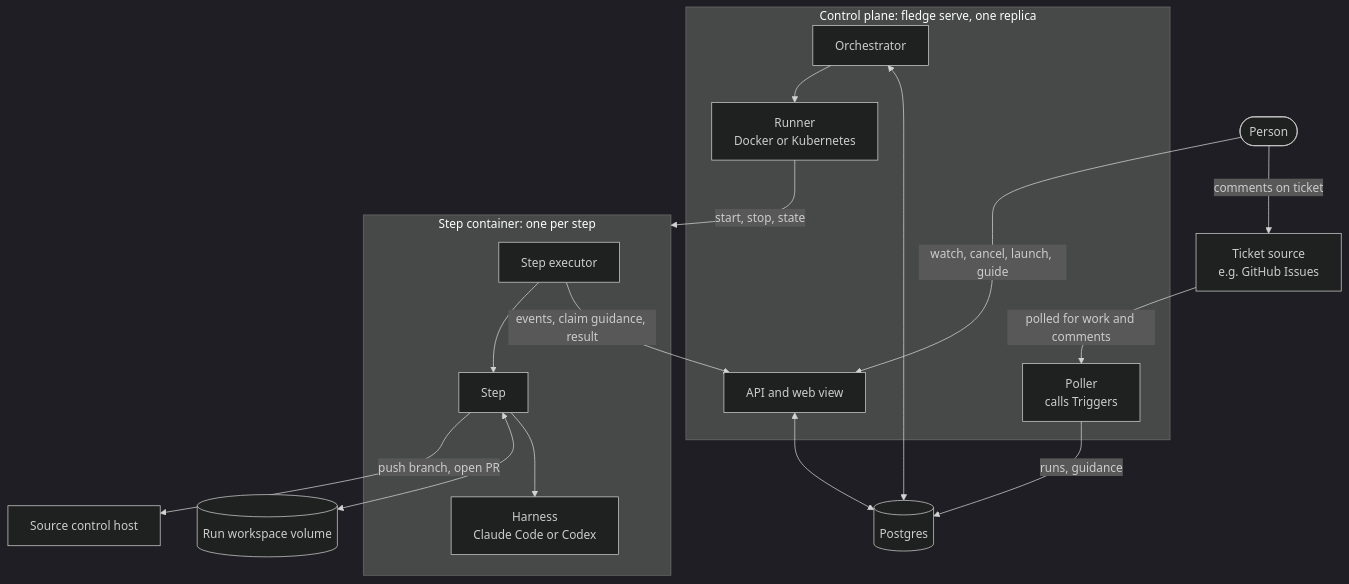
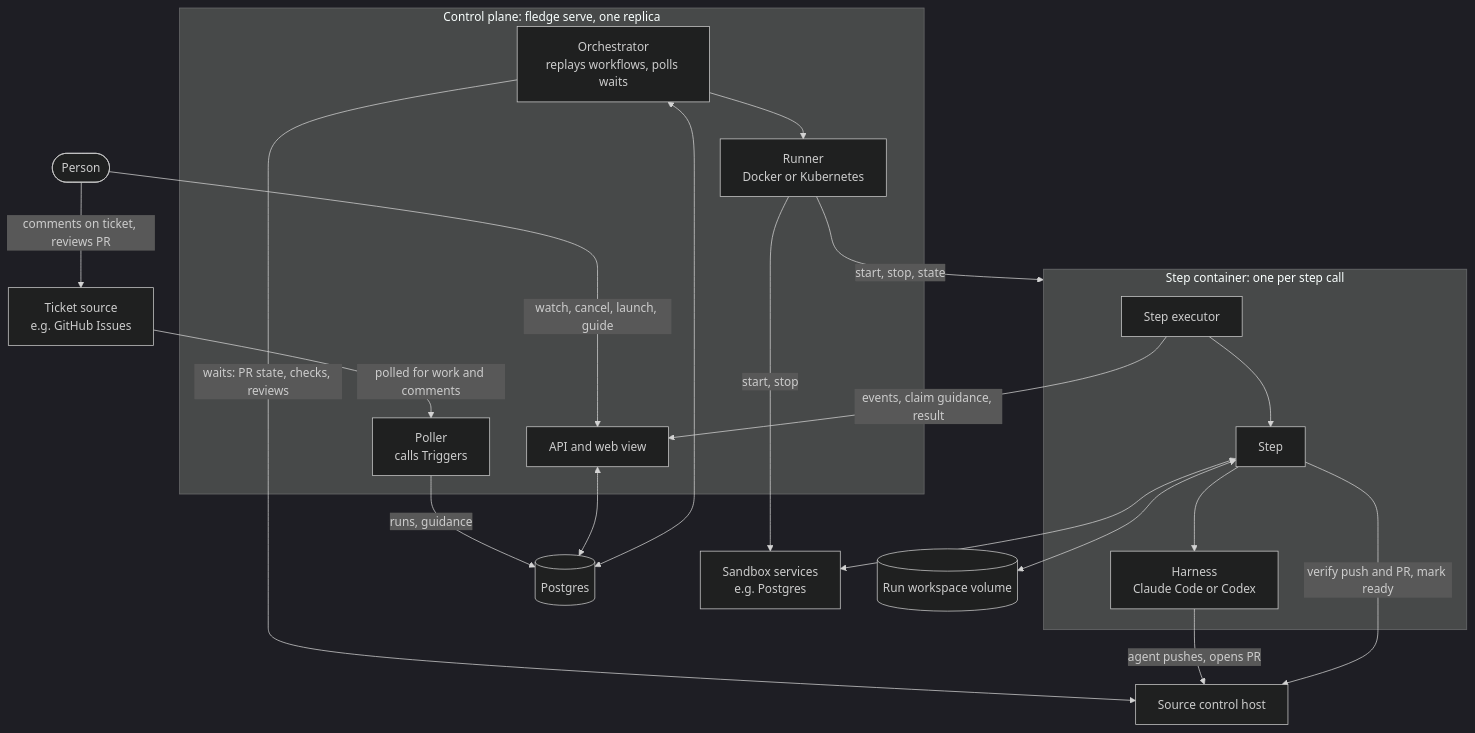
The diagram in doc/architecture.md (DavidPRolfe/fledge), drawn with Mermaid (dark theme) before and after one commit. The commit also changed other lines of this file and 58 other files, not shown here.

````diff
--- a/doc/architecture.md
+++ b/doc/architecture.md
@@ -70,36 +83,41 @@
 ```mermaid
 flowchart TB
     person([Person])
     tracker[Ticket source<br/>e.g. GitHub Issues]
     host[Source control host]
 
     subgraph cp[Control plane: fledge serve, one replica]
         poller[Poller<br/>calls Triggers]
-        orch[Orchestrator]
+        orch[Orchestrator<br/>replays workflows, polls waits]
         api[API and web view]
         runner[Runner<br/>Docker or Kubernetes]
     end
 
     db[(Postgres)]
 
-    subgraph step[Step container: one per step]
+    subgraph step[Step container: one per step call]
         exec[Step executor]
         stepcode[Step]
         harness[Harness<br/>Claude Code or Codex]
     end
 
+    services[Sandbox services<br/>e.g. Postgres]
     ws[(Run workspace volume)]
 
     tracker -- polled for work and comments --> poller
-    person -- comments on ticket --> tracker
+    person -- comments on ticket, reviews PR --> tracker
     person -- watch, cancel, launch, guide --> api
     poller -- runs, guidance --> db
     api <--> db
     orch <--> db
+    orch -- waits: PR state, checks, reviews --> host
     orch --> runner
     runner -- start, stop, state --> step
+    runner -- start, stop --> services
     exec -- events, claim guidance, result --> api
     exec --> stepcode --> harness
     stepcode <--> ws
-    stepcode -- push branch, open PR --> host
+    stepcode <--> services
+    harness -- agent pushes, opens PR --> host
+    stepcode -- verify push and PR, mark ready --> host
 ```
````
